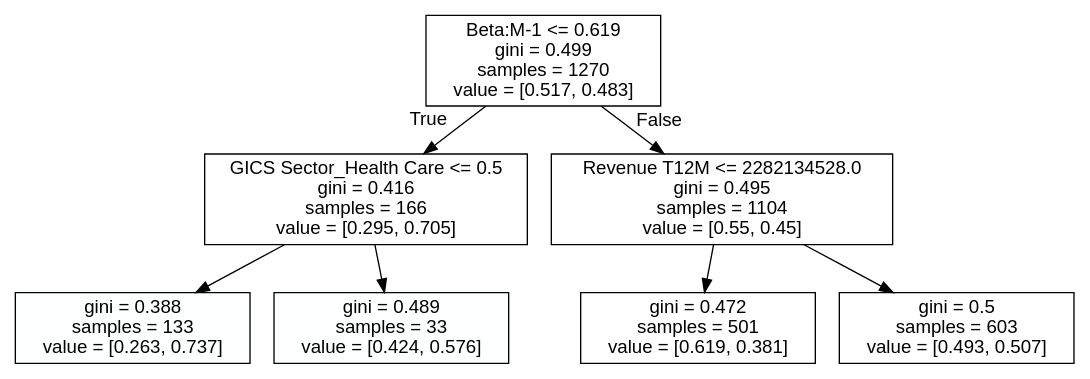
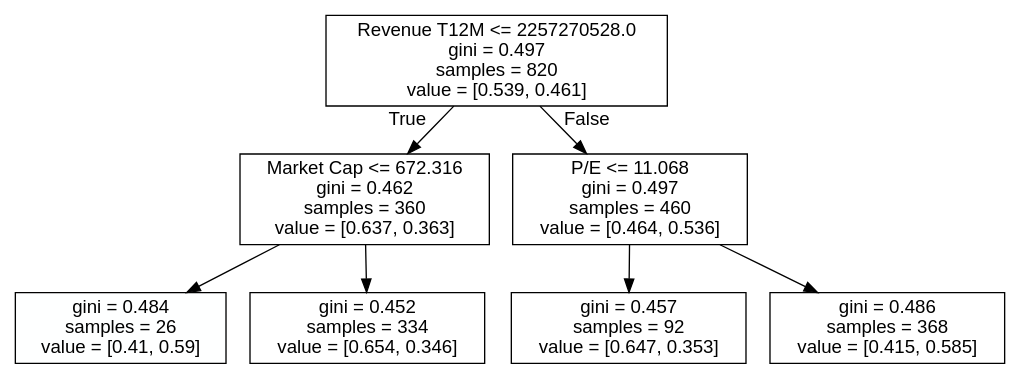
Before and after one commit to luca1308/Investigating_periods_of_increasing_interest_rates_for_the_S-P_1500: the diagram in trees/current_test_tree.dot, drawn with Graphviz. The commit also changed 355 other files, not shown here.

```diff
--- a/trees/current_test_tree.dot
+++ b/trees/current_test_tree.dot
@@ -1,17 +1,17 @@
 digraph Tree {
 node [shape=box, style="filled", color="black", fontname="helvetica"] ;
 edge [fontname="helvetica"] ;
-0 [label="Beta:M-1 <= 0.619\ngini = 0.499\nsamples = 1270\nvalue = [0.517, 0.483]", fillcolor="#ffffff"] ;
-1 [label="GICS Sector_Health Care <= 0.5\ngini = 0.416\nsamples = 166\nvalue = [0.295, 0.705]", fillcolor="#ffffff"] ;
+0 [label="Revenue T12M <= 2257270528.0\ngini = 0.497\nsamples = 820\nvalue = [0.539, 0.461]", fillcolor="#ffffff"] ;
+1 [label="Market Cap <= 672.316\ngini = 0.462\nsamples = 360\nvalue = [0.637, 0.363]", fillcolor="#ffffff"] ;
 0 -> 1 [labeldistance=2.5, labelangle=45, headlabel="True"] ;
-5 [label="gini = 0.388\nsamples = 133\nvalue = [0.263, 0.737]", fillcolor="#feffff"] ;
+5 [label="gini = 0.484\nsamples = 26\nvalue = [0.41, 0.59]", fillcolor="#feffff"] ;
 1 -> 5 ;
-6 [label="gini = 0.489\nsamples = 33\nvalue = [0.424, 0.576]", fillcolor="#feffff"] ;
+6 [label="gini = 0.452\nsamples = 334\nvalue = [0.654, 0.346]", fillcolor="#ffffff"] ;
 1 -> 6 ;
-2 [label="Revenue T12M <= 2282134528.0\ngini = 0.495\nsamples = 1104\nvalue = [0.55, 0.45]", fillcolor="#ffffff"] ;
+2 [label="P/E <= 11.068\ngini = 0.497\nsamples = 460\nvalue = [0.464, 0.536]", fillcolor="#ffffff"] ;
 0 -> 2 [labeldistance=2.5, labelangle=-45, headlabel="False"] ;
-3 [label="gini = 0.472\nsamples = 501\nvalue = [0.619, 0.381]", fillcolor="#ffffff"] ;
+3 [label="gini = 0.457\nsamples = 92\nvalue = [0.647, 0.353]", fillcolor="#ffffff"] ;
 2 -> 3 ;
-4 [label="gini = 0.5\nsamples = 603\nvalue = [0.493, 0.507]", fillcolor="#ffffff"] ;
+4 [label="gini = 0.486\nsamples = 368\nvalue = [0.415, 0.585]", fillcolor="#ffffff"] ;
 2 -> 4 ;
 }
```
